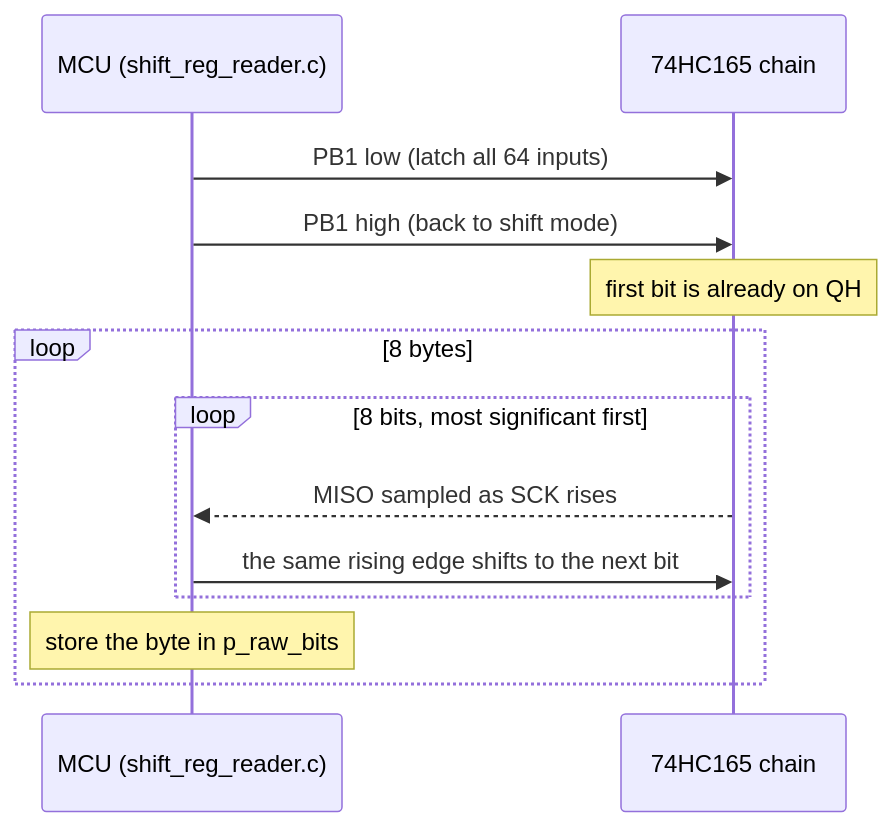
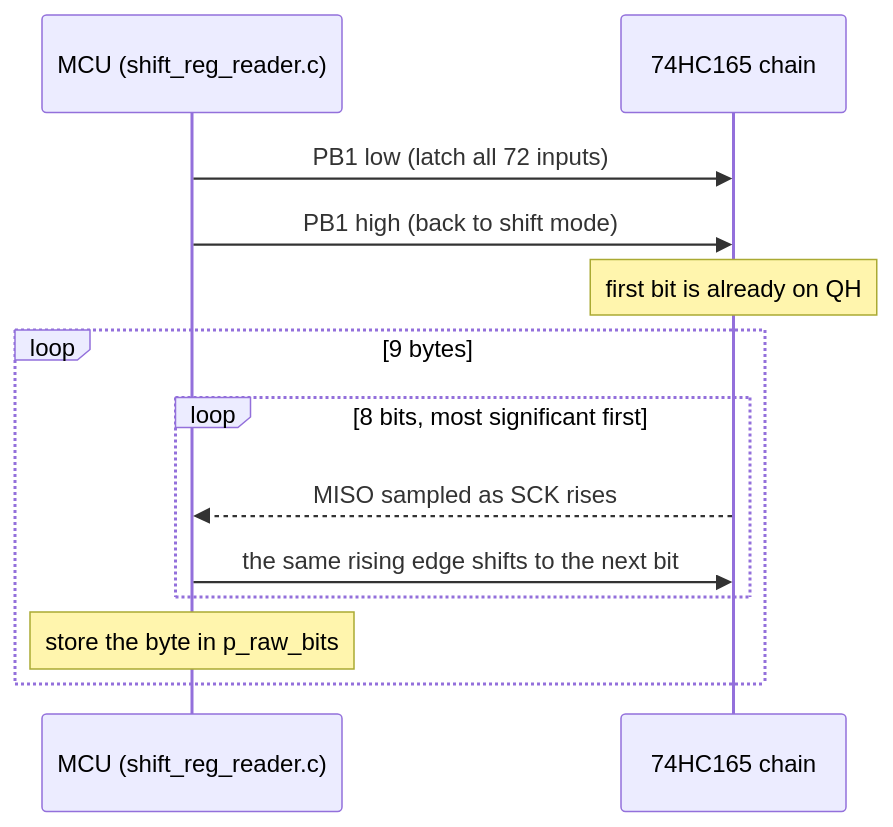
One commit to BonelessPig/nano_sequencer changed diagram 17 of 27 in docs/ARCHITECTURE.md. Above: the diagram before and after it, drawn with Mermaid. The commit also changed other lines of this file and 35 other files, not shown here.

````diff
--- a/docs/ARCHITECTURE.md
+++ b/docs/ARCHITECTURE.md
@@ -715,15 +769,15 @@
 ```mermaid
 sequenceDiagram
     participant M as MCU (shift_reg_reader.c)
     participant C as 74HC165 chain
-    M->>C: PB1 low (latch all 64 inputs)
+    M->>C: PB1 low (latch all 72 inputs)
     M->>C: PB1 high (back to shift mode)
     Note over C: first bit is already on QH
-    loop 8 bytes
+    loop 9 bytes
         loop 8 bits, most significant first
             C-->>M: MISO sampled as SCK rises
             M->>C: the same rising edge shifts to the next bit
         end
         Note over M: store the byte in p_raw_bits
     end
 ```
````
